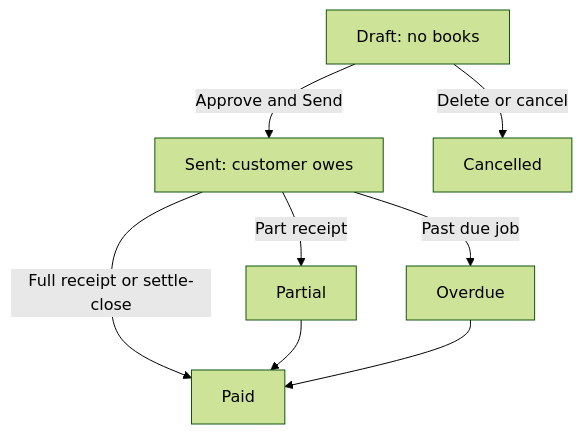
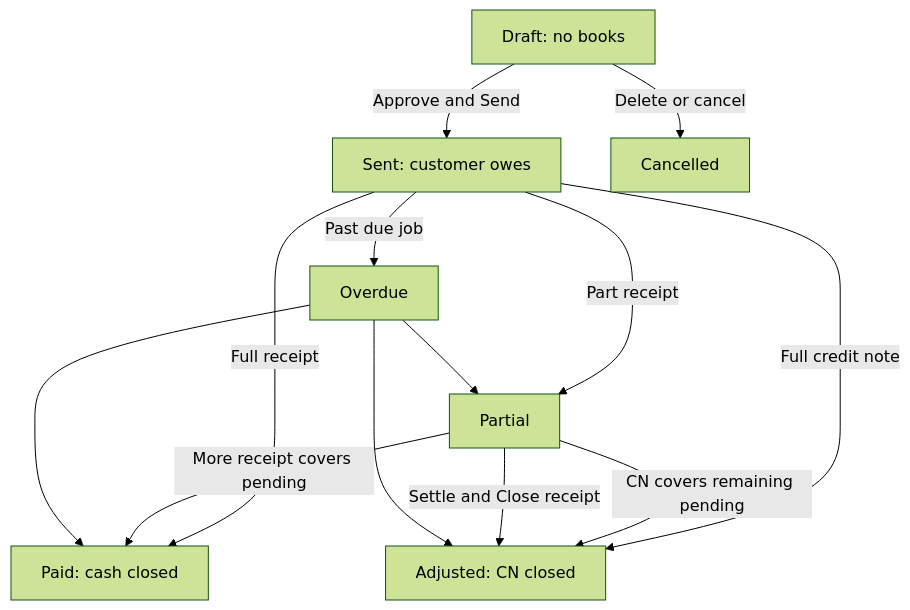
The fifth of 16 diagrams in v0_final_docs/Accounts/invoicing.md (Aurifex-Innovations/ERP_docs), drawn with Mermaid (forest theme) before and after one commit. The commit also changed other lines of this file, not shown here.

````diff
--- a/v0_final_docs/Accounts/invoicing.md
+++ b/v0_final_docs/Accounts/invoicing.md
@@ -94,10 +94,15 @@
 ```mermaid
 flowchart TD
   draftInv["Draft: no books"] -->|"Approve and Send"| sentInv["Sent: customer owes"]
   sentInv -->|"Part receipt"| partialInv["Partial"]
-  sentInv -->|"Full receipt or settle-close"| paidInv["Paid"]
+  sentInv -->|"Full receipt"| paidInv["Paid: cash closed"]
+  sentInv -->|"Full credit note"| adjustedInv["Adjusted: CN closed"]
   sentInv -->|"Past due job"| overdueInv["Overdue"]
-  partialInv --> paidInv
+  partialInv -->|"More receipt covers pending"| paidInv
+  partialInv -->|"CN covers remaining pending"| adjustedInv
+  partialInv -->|"Settle and Close receipt"| adjustedInv
+  overdueInv --> partialInv
   overdueInv --> paidInv
+  overdueInv --> adjustedInv
   draftInv -->|"Delete or cancel"| cancelInv["Cancelled"]
 ```
````
